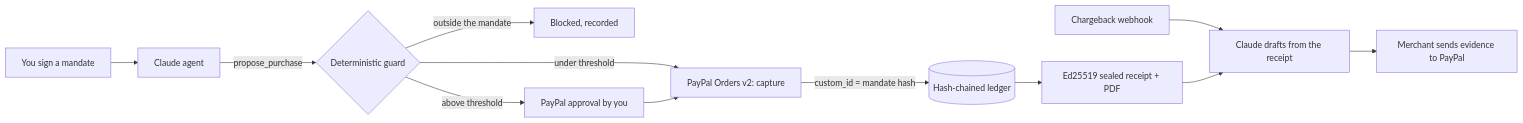
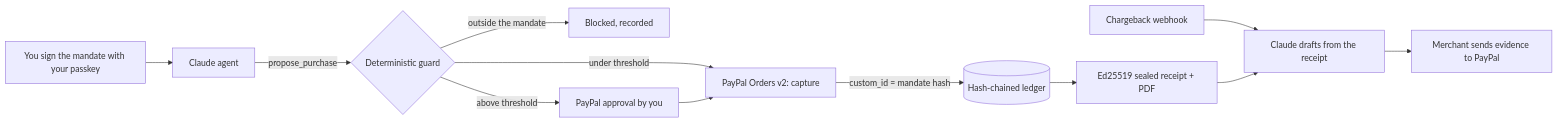
Before and after one commit to FredBourouliou/mandat: the diagram in README.md, drawn with Mermaid. The commit also changed other lines of this file and 20 other files, not shown here.

````diff
--- a/README.md
+++ b/README.md
@@ -30,12 +31,12 @@
 ```mermaid
 flowchart LR
-  U[You sign a mandate] --> A[Claude agent]
+  U[You sign the mandate with your passkey] --> A[Claude agent]
   A -- propose_purchase --> G{Deterministic guard}
   G -- outside the mandate --> X[Blocked, recorded]
   G -- under threshold --> P[PayPal Orders v2: capture]
   G -- above threshold --> H[PayPal approval by you] --> P
   P -- custom_id = mandate hash --> L[(Hash-chained ledger)]
   L --> R[Ed25519 sealed receipt + PDF]
   D[Chargeback webhook] --> C[Claude drafts from the receipt] --> M[Merchant sends evidence to PayPal]
   R --> C
 ```
````
